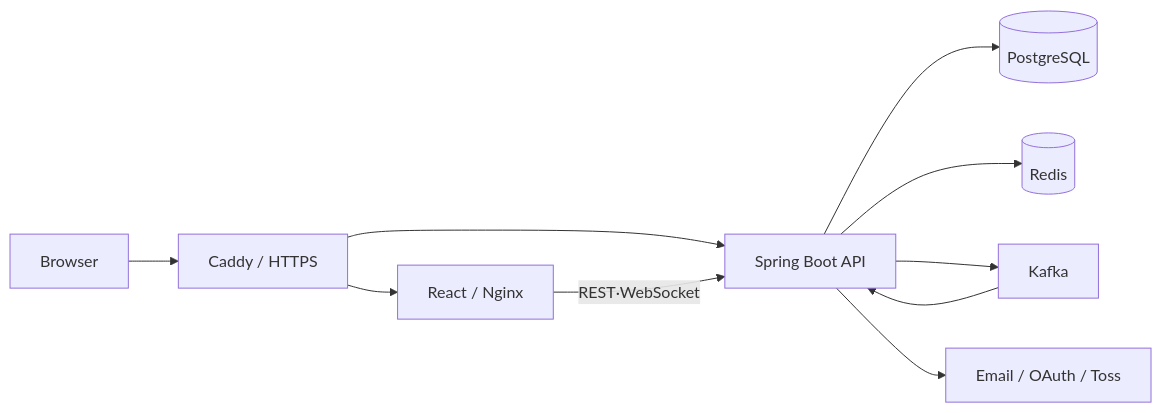
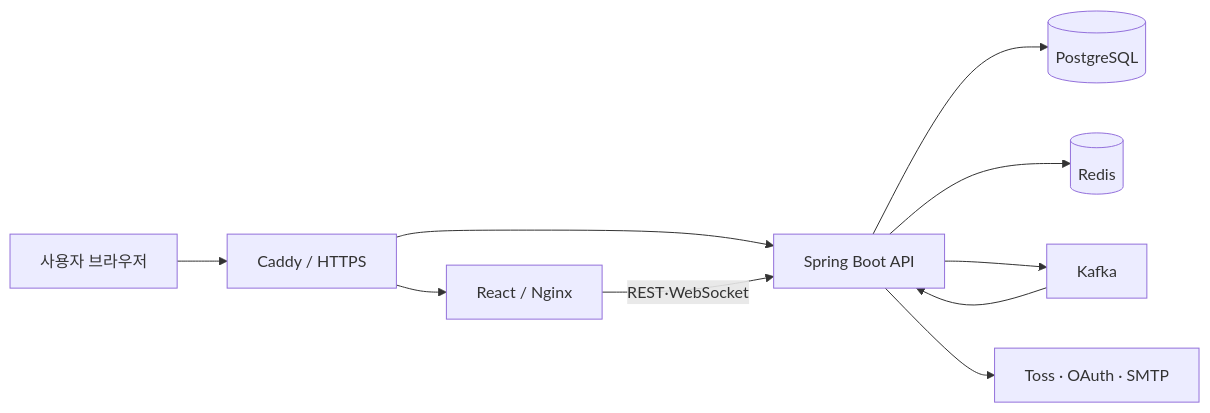
One commit to yspaceS2/YMall changed the diagram in README.md. Above: the diagram before and after it, drawn with Mermaid. The commit also changed other lines of this file and 14 other files, not shown here.

````diff
--- a/README.md
+++ b/README.md
@@ -23,12 +63,12 @@
 ```mermaid
 flowchart LR
-    U["Browser"] --> C["Caddy / HTTPS"]
+    U["사용자 브라우저"] --> C["Caddy / HTTPS"]
     C --> F["React / Nginx"]
-    C --> B
-    F -->|REST·WebSocket| B["Spring Boot API"]
+    C --> B["Spring Boot API"]
+    F -->|REST·WebSocket| B
     B --> P[(PostgreSQL)]
     B --> R[(Redis)]
     B --> K["Kafka"]
-    B --> E["Email / OAuth / Toss"]
+    B --> E["Toss · OAuth · SMTP"]
     K --> B
 ```
````
